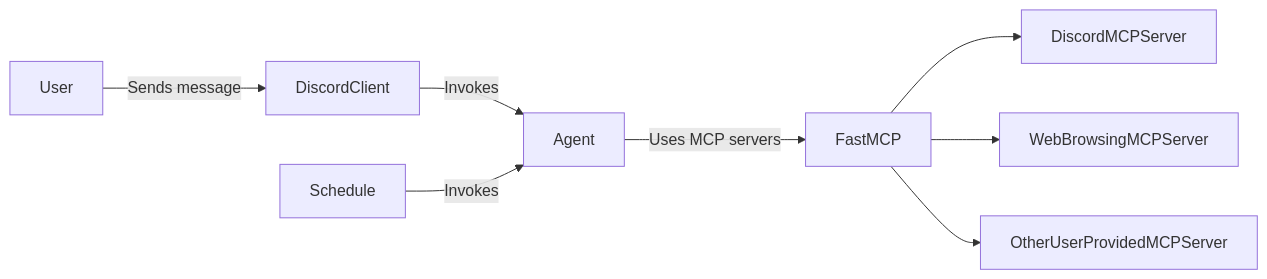
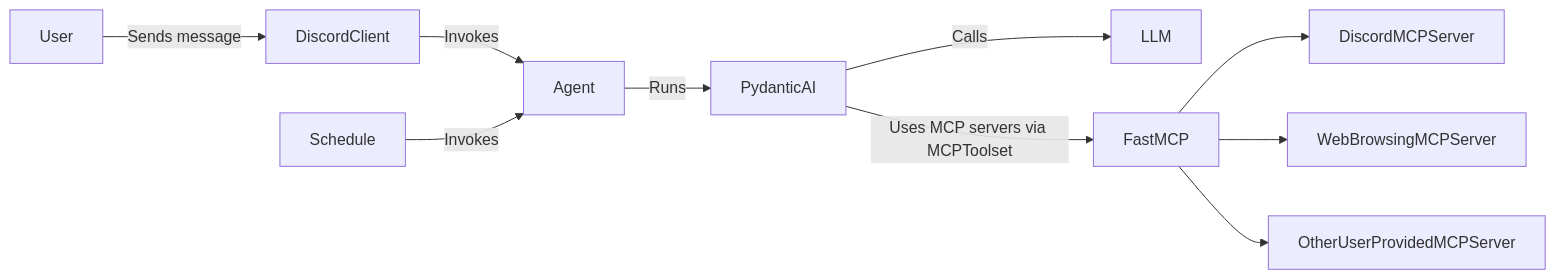
The diagram in CONTRIBUTING.md (lintyourcode/vercade), drawn with Mermaid before and after one commit. The commit also changed other lines of this file and 14 other files, not shown here.

````diff
--- a/CONTRIBUTING.md
+++ b/CONTRIBUTING.md
@@ -24,10 +24,12 @@
 ```mermaid
 graph LR
     User -->|"Sends message"| DiscordClient
     DiscordClient -->|"Invokes"| Agent
     Schedule -->|"Invokes"| Agent
-    Agent -->|"Uses MCP servers"| FastMCP
+    Agent -->|"Runs"| PydanticAI
+    PydanticAI -->|"Calls"| LLM
+    PydanticAI -->|"Uses MCP servers via MCPToolset"| FastMCP
     FastMCP --> DiscordMCPServer
     FastMCP --> WebBrowsingMCPServer
     FastMCP --> OtherUserProvidedMCPServer
 ```
````
